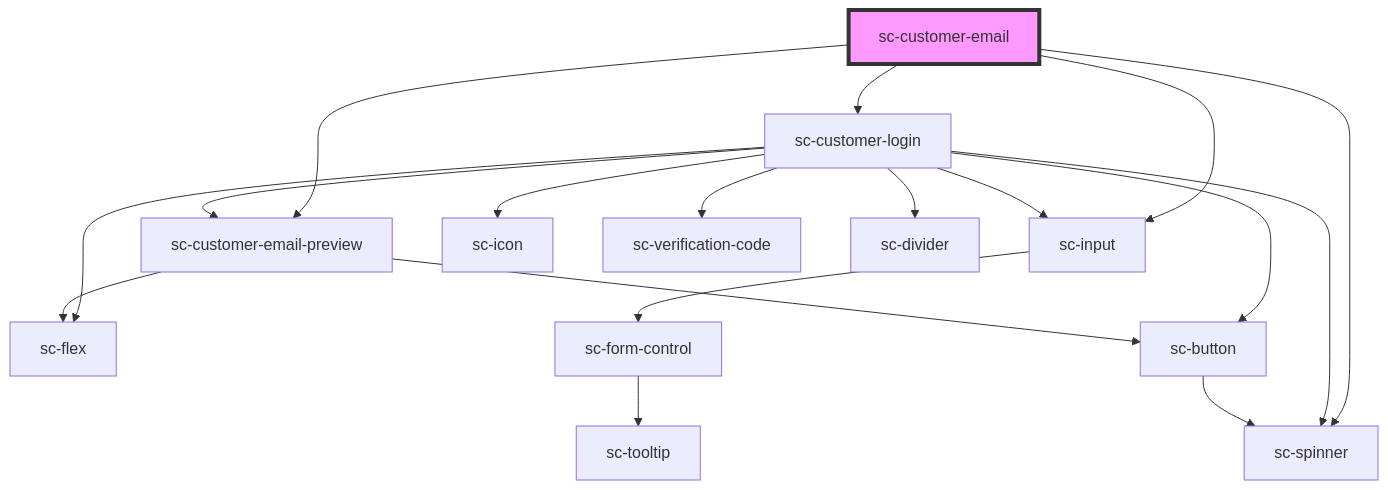
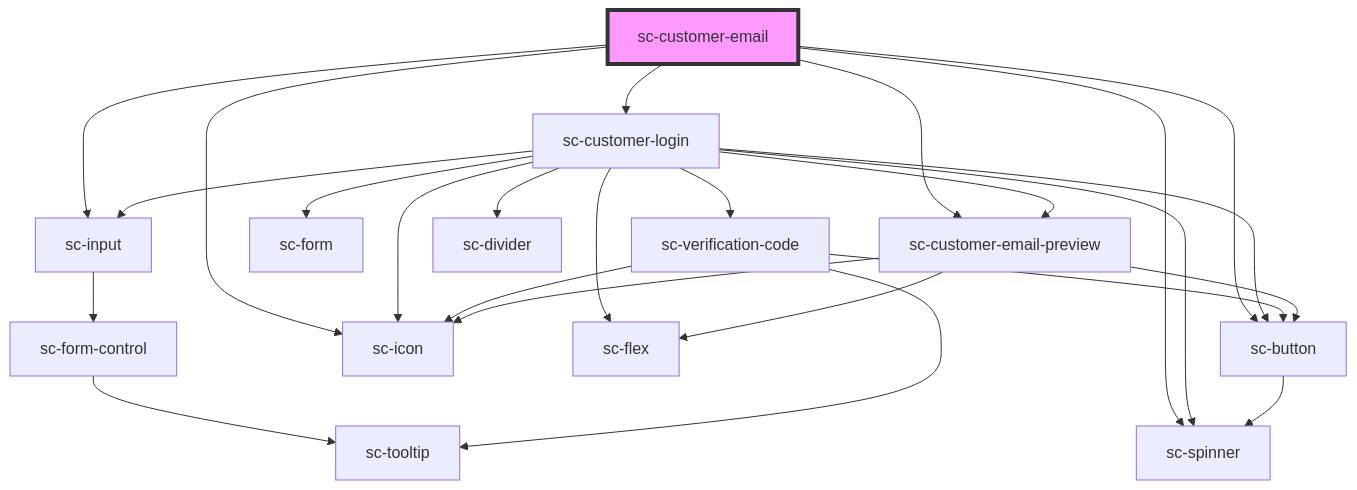
One commit to surecart/surecart-wp-plugin changed the diagram in packages/components/src/components/controllers/checkout-form/customer-email/readme.md. Above: the diagram before and after it, drawn with Mermaid. The commit also changed other lines of this file and 14 other files, not shown here.

````diff
--- a/packages/components/src/components/controllers/checkout-form/customer-email/readme.md
+++ b/packages/components/src/components/controllers/checkout-form/customer-email/readme.md
@@ -65,21 +67,28 @@
 ```mermaid
 graph TD;
   sc-customer-email --> sc-customer-login
   sc-customer-email --> sc-customer-email-preview
   sc-customer-email --> sc-input
   sc-customer-email --> sc-spinner
+  sc-customer-email --> sc-button
+  sc-customer-email --> sc-icon
+  sc-customer-login --> sc-form
   sc-customer-login --> sc-flex
   sc-customer-login --> sc-input
   sc-customer-login --> sc-button
   sc-customer-login --> sc-icon
   sc-customer-login --> sc-verification-code
   sc-customer-login --> sc-spinner
   sc-customer-login --> sc-customer-email-preview
   sc-customer-login --> sc-divider
   sc-input --> sc-form-control
   sc-form-control --> sc-tooltip
   sc-button --> sc-spinner
+  sc-verification-code --> sc-tooltip
+  sc-verification-code --> sc-button
+  sc-verification-code --> sc-icon
   sc-customer-email-preview --> sc-flex
   sc-customer-email-preview --> sc-button
+  sc-customer-email-preview --> sc-icon
   style sc-customer-email fill:#f9f,stroke:#333,stroke-width:4px
 ```
````
